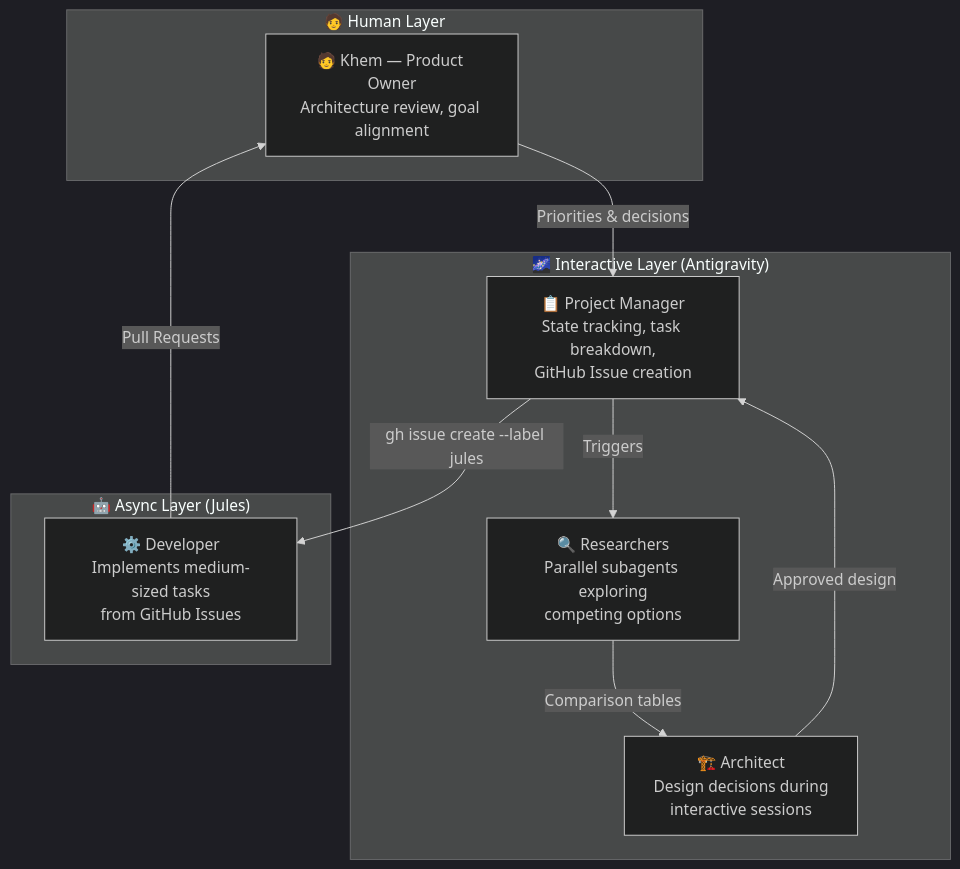
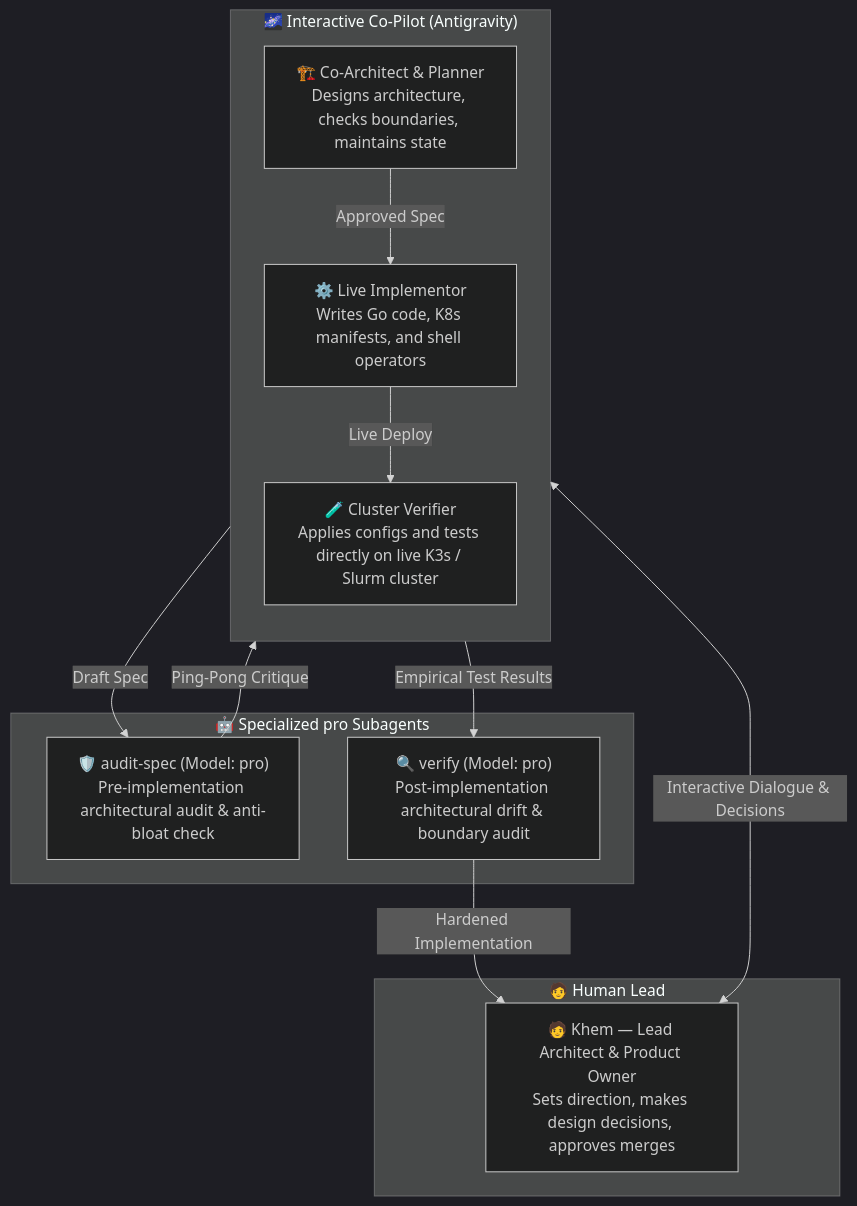
One commit to khemingkapat/ai_sandbox changed the diagram in docs/DEVELOPMENT_WORKFLOW.md. Above: the diagram before and after it, drawn with Mermaid (dark theme). The commit also changed other lines of this file and 17 other files, not shown here.

````diff
--- a/docs/DEVELOPMENT_WORKFLOW.md
+++ b/docs/DEVELOPMENT_WORKFLOW.md
@@ -11,23 +14,26 @@
 ```mermaid
-graph TB
-    subgraph "🧑 Human Layer"
-        PO["🧑 Khem — Product Owner<br/>Architecture review, goal alignment"]
+graph TD
+    subgraph "🧑 Human Lead"
+        PO["🧑 Khem — Lead Architect & Product Owner<br/>Sets direction, makes design decisions, approves merges"]
     end
 
-    subgraph "🌌 Interactive Layer (Antigravity)"
-        PM["📋 Project Manager<br/>State tracking, task breakdown,<br/>GitHub Issue creation"]
-        ARCH["🏗️ Architect<br/>Design decisions during<br/>interactive sessions"]
-        RES["🔍 Researchers<br/>Parallel subagents exploring<br/>competing options"]
+    subgraph "🌌 Interactive Co-Pilot (Antigravity)"
+        direction TB
+        ARCH["🏗️ Co-Architect & Planner<br/>Designs architecture, checks boundaries, maintains state"]
+        DEV["⚙️ Live Implementor<br/>Writes Go code, K8s manifests, and shell operators"]
+        TEST["🧪 Cluster Verifier<br/>Applies configs and tests directly on live K3s / Slurm cluster"]
     end
 
-    subgraph "🤖 Async Layer (Jules)"
-        DEV["⚙️ Developer<br/>Implements medium-sized tasks<br/>from GitHub Issues"]
+    subgraph "🤖 Specialized pro Subagents"
+        AUDIT["🛡️ audit-spec (Model: pro)<br/>Pre-implementation architectural audit & anti-bloat check"]
+        VERIFY["🔍 verify (Model: pro)<br/>Post-implementation architectural drift & boundary audit"]
     end
 
-    PO -->|"Priorities & decisions"| PM
-    PM -->|"Triggers"| RES
-    RES -->|"Comparison tables"| ARCH
-    ARCH -->|"Approved design"| PM
-    PM -->|"gh issue create --label jules"| DEV
-    DEV -->|"Pull Requests"| PO
+    PO <-->|"Interactive Dialogue & Decisions"| ARCH
+    ARCH -->|"Draft Spec"| AUDIT
+    AUDIT -->|"Ping-Pong Critique"| ARCH
+    ARCH -->|"Approved Spec"| DEV
+    DEV -->|"Live Deploy"| TEST
+    TEST -->|"Empirical Test Results"| VERIFY
+    VERIFY -->|"Hardened Implementation"| PO
 ```
````
